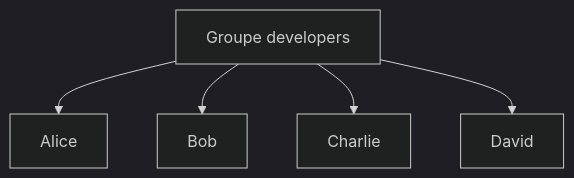
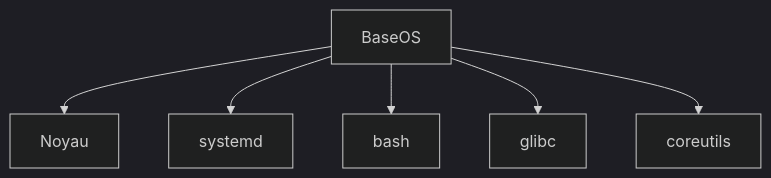
Before and after one commit to tdelaclos/formations: the sixth of 20 diagrams in campagne 1/1.5.md, drawn with Mermaid (dark theme). The commit also changed other lines of this file, not shown here.

````diff
--- a/campagne 1/1.5.md
+++ b/campagne 1/1.5.md
@@ -613,13 +371,15 @@
 ```mermaid
 flowchart TD
 
-A["Groupe developers"]
+A["BaseOS"]
 
-A --> B["Alice"]
+A --> B["Noyau"]
 
-A --> C["Bob"]
+A --> C["systemd"]
 
-A --> D["Charlie"]
+A --> D["bash"]
 
-A --> E["David"]
+A --> E["glibc"]
+
+A --> F["coreutils"]
 ```
````
